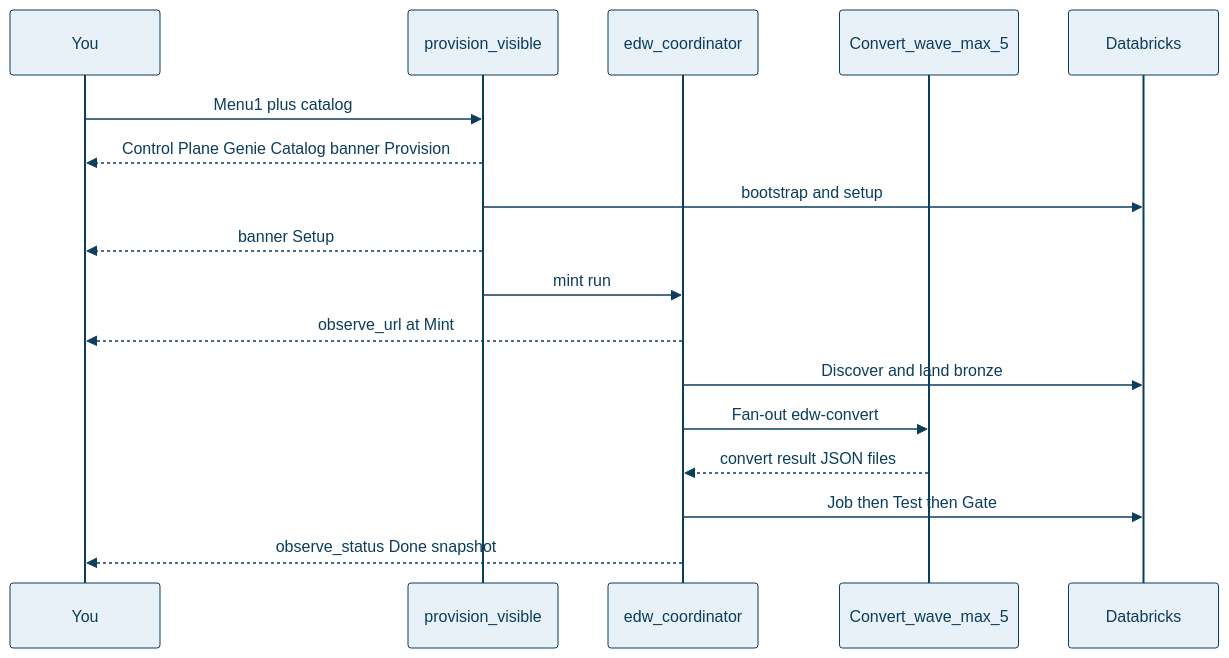
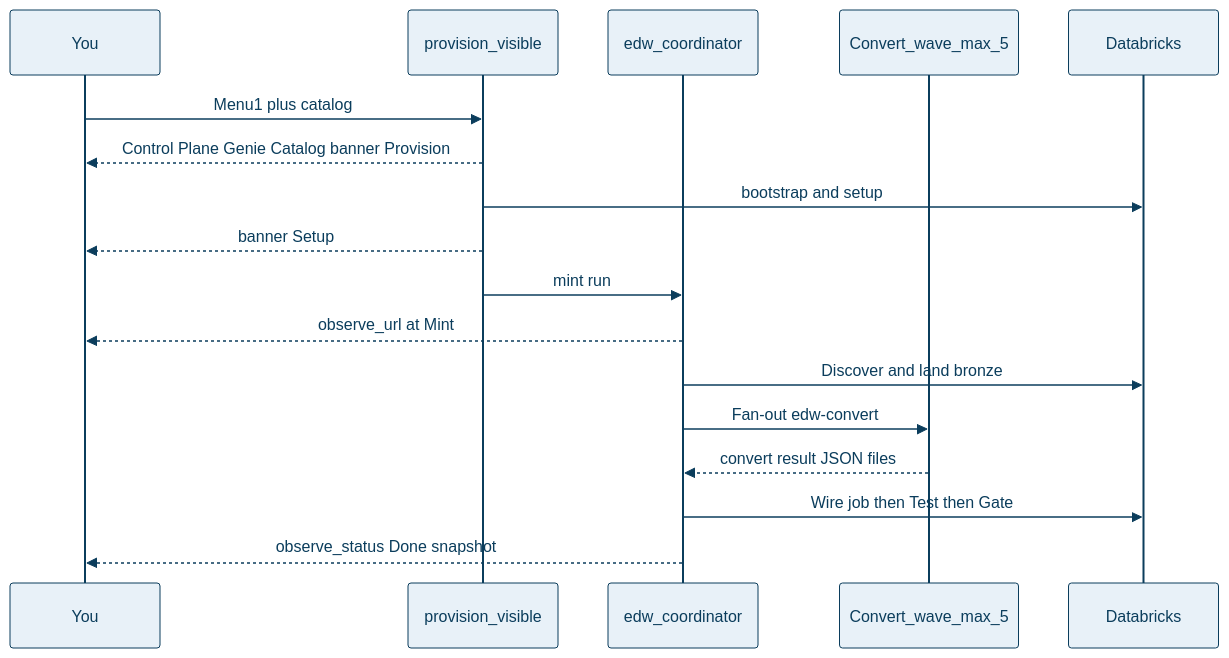
One commit to Jericho2010/edwmigration changed the fourth of 4 diagrams in docs/what-you-get.md. Above: the diagram before and after it, drawn with Mermaid. The commit also changed other lines of this file and 124 other files, not shown here.

````diff
--- a/docs/what-you-get.md
+++ b/docs/what-you-get.md
@@ -118,20 +120,20 @@
 ```mermaid
 %%{init: {"theme":"base","themeVariables":{"primaryColor":"#E8F1F8","primaryTextColor":"#0B3D5C","primaryBorderColor":"#0B3D5C","lineColor":"#5B7A8C","secondaryColor":"#E6F4F1","tertiaryColor":"#F7F3EA","background":"#FFFFFF","mainBkg":"#E8F1F8","clusterBkg":"#F7FAFC","clusterBorder":"#5B7A8C","titleColor":"#0B3D5C","edgeLabelBackground":"#FFFFFF"}}}%%
 sequenceDiagram
   participant You
   participant Guide as provision_visible
   participant Coord as edw_coordinator
   participant Wave as Convert_wave_max_5
   participant DBX as Databricks
   You->>Guide: Menu1 plus catalog
   Guide-->>You: Control Plane Genie Catalog banner Provision
   Guide->>DBX: bootstrap and setup
   Guide-->>You: banner Setup
   Guide->>Coord: mint run
   Coord-->>You: observe_url at Mint
   Coord->>DBX: Discover and land bronze
   Coord->>Wave: Fan-out edw-convert
   Wave-->>Coord: convert result JSON files
-  Coord->>DBX: Job then Test then Gate
+  Coord->>DBX: Wire job then Test then Gate
   Coord-->>You: observe_status Done snapshot
 ```
````
